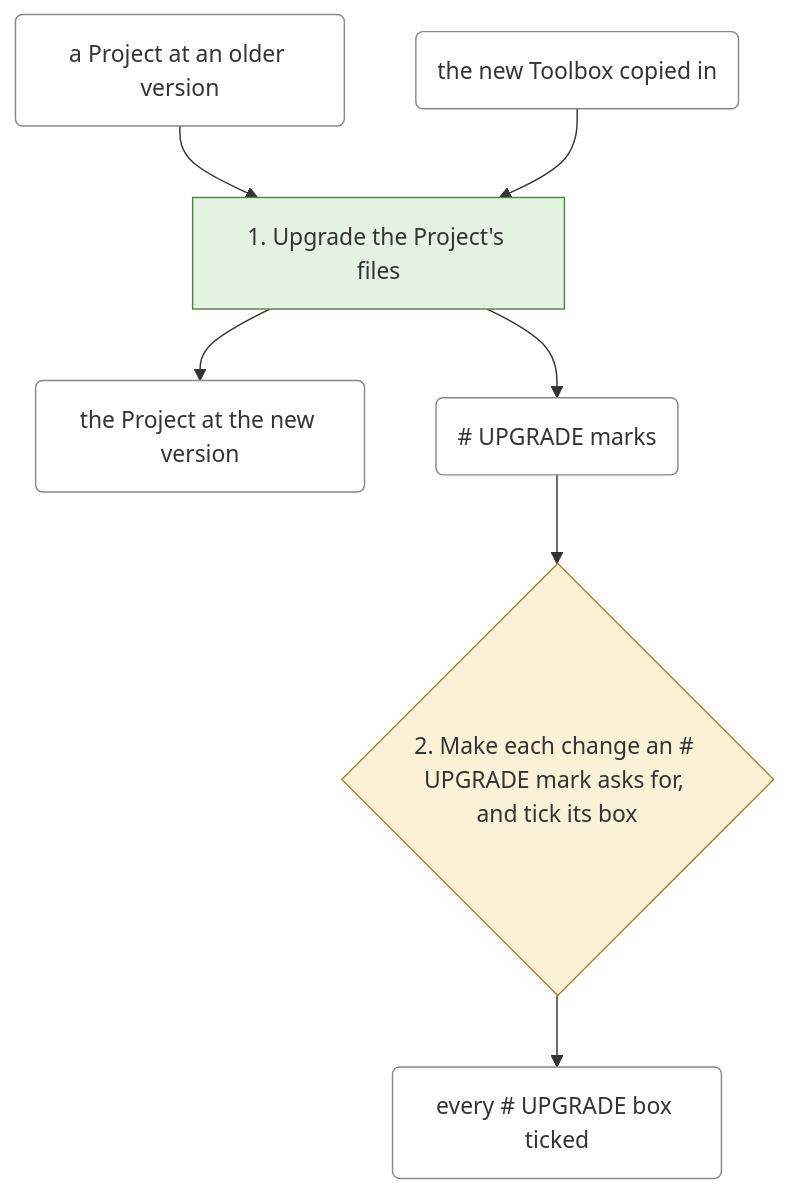
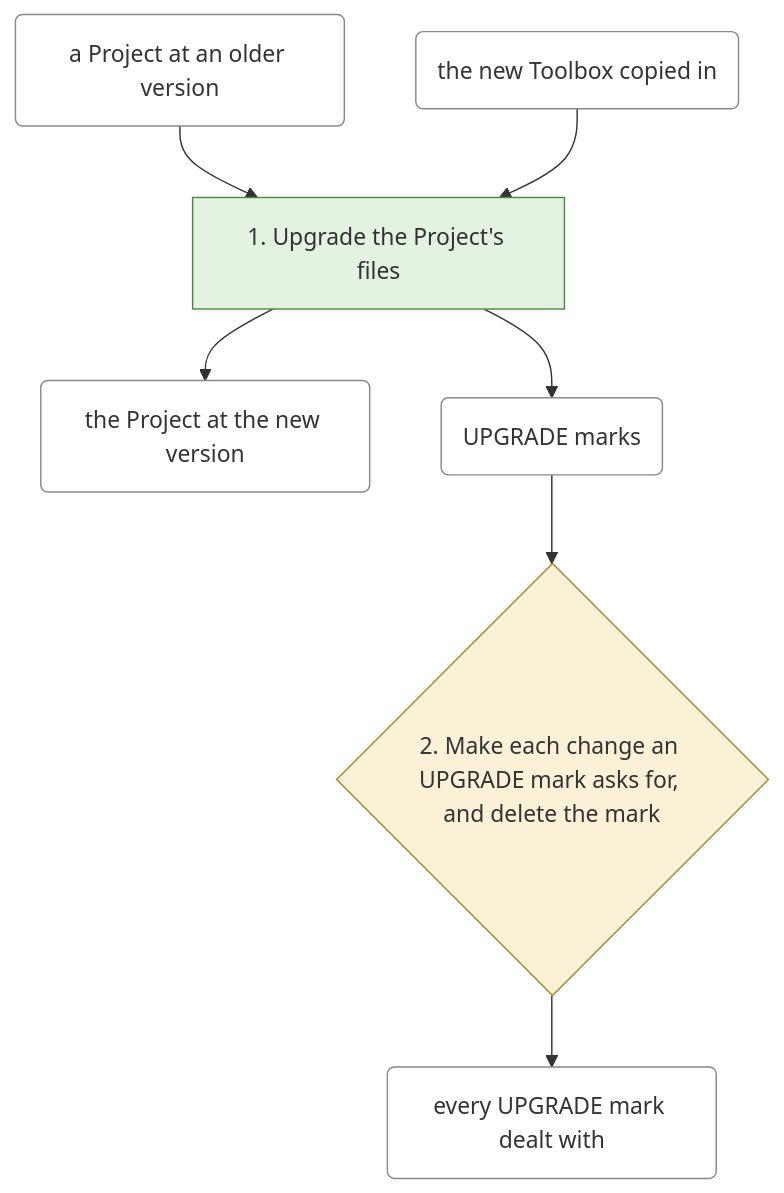
Before and after one commit to EdgyPage/SQL-Composer: the sixth of 8 diagrams in docs/clean-branch-readme.md, drawn with Mermaid. The commit also changed other lines of this file and 48 other files, not shown here.

First line of the commit message:
feat(8.0): ticket 19 finished: scripts each a query alone, charts a beginner reads, scores, D360 D361

````diff
--- a/docs/clean-branch-readme.md
+++ b/docs/clean-branch-readme.md
@@ -644,28 +636,19 @@
 ```mermaid
 flowchart TD
-    s0["1. Upgrade the Project's files"]
-    class s0 file
+    s0["1. Upgrade the Project's files"]:::files_only
+    s1{"2. Make each change an UPGRADE mark asks for, and delete the mark"}:::your_decision
+    t0("a Project at an older version"):::thing
+    t1("the new Toolbox copied in"):::thing
+    t2("the Project at the new version"):::thing
+    t3("UPGRADE marks"):::thing
+    t4("every UPGRADE mark dealt with"):::thing
     t0 --> s0
     t1 --> s0
     s0 --> t2
     s0 --> t3
-    s1{"2. Make each change an #35; UPGRADE mark asks for, and tick its box"}
-    class s1 decision
     t3 --> s1
     s1 --> t4
-    t0("a Project at an older version")
-    class t0 thing
-    t1("the new Toolbox copied in")
-    class t1 thing
-    t2("the Project at the new version")
-    class t2 thing
-    t3("#35; UPGRADE marks")
-    class t3 thing
-    t4("every #35; UPGRADE box ticked")
-    class t4 thing
-    classDef file fill:#e3f2e1,stroke:#4a8a3f
-    classDef permission fill:#e1ecf7,stroke:#3f6a9a
-    classDef decision fill:#fbf1d6,stroke:#a8842a
-    classDef fiddling fill:#f8d7d5,stroke:#b03a30
+    classDef files_only fill:#e3f2e1,stroke:#4a8a3f
+    classDef your_decision fill:#fbf1d6,stroke:#a8842a
     classDef thing fill:#ffffff,stroke:#888888
 ```
````
